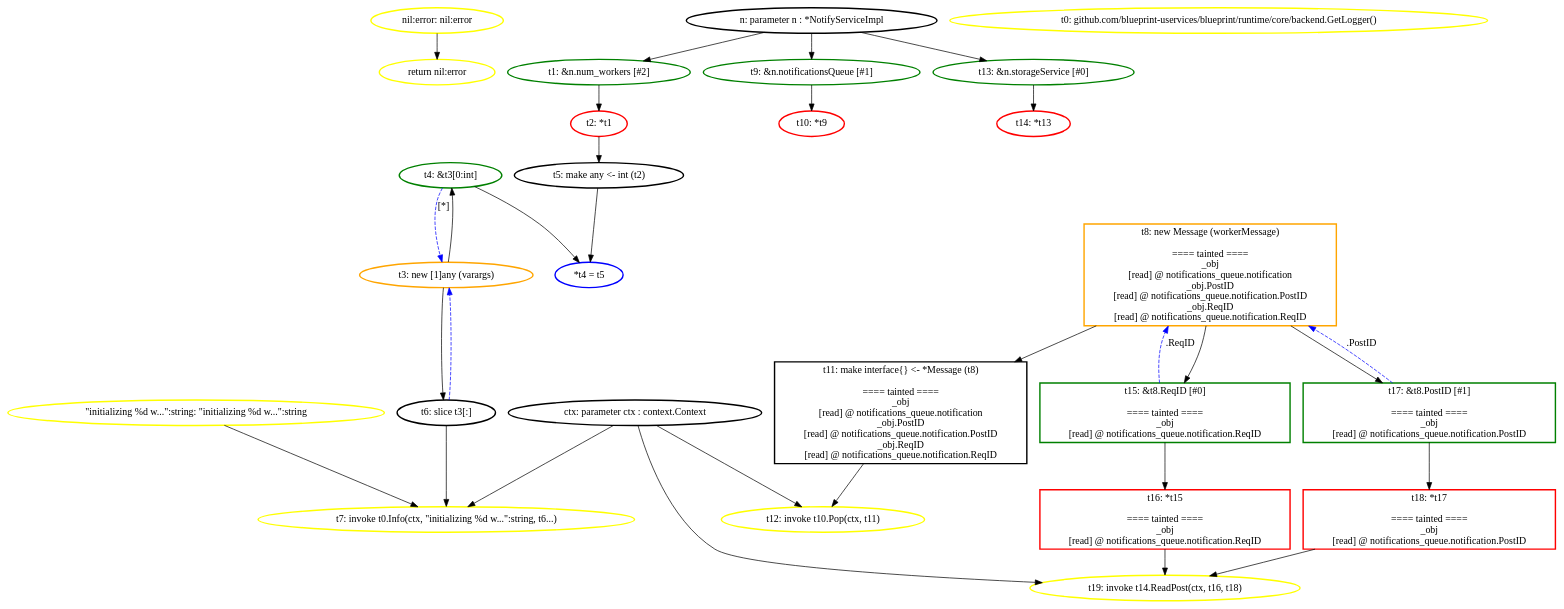
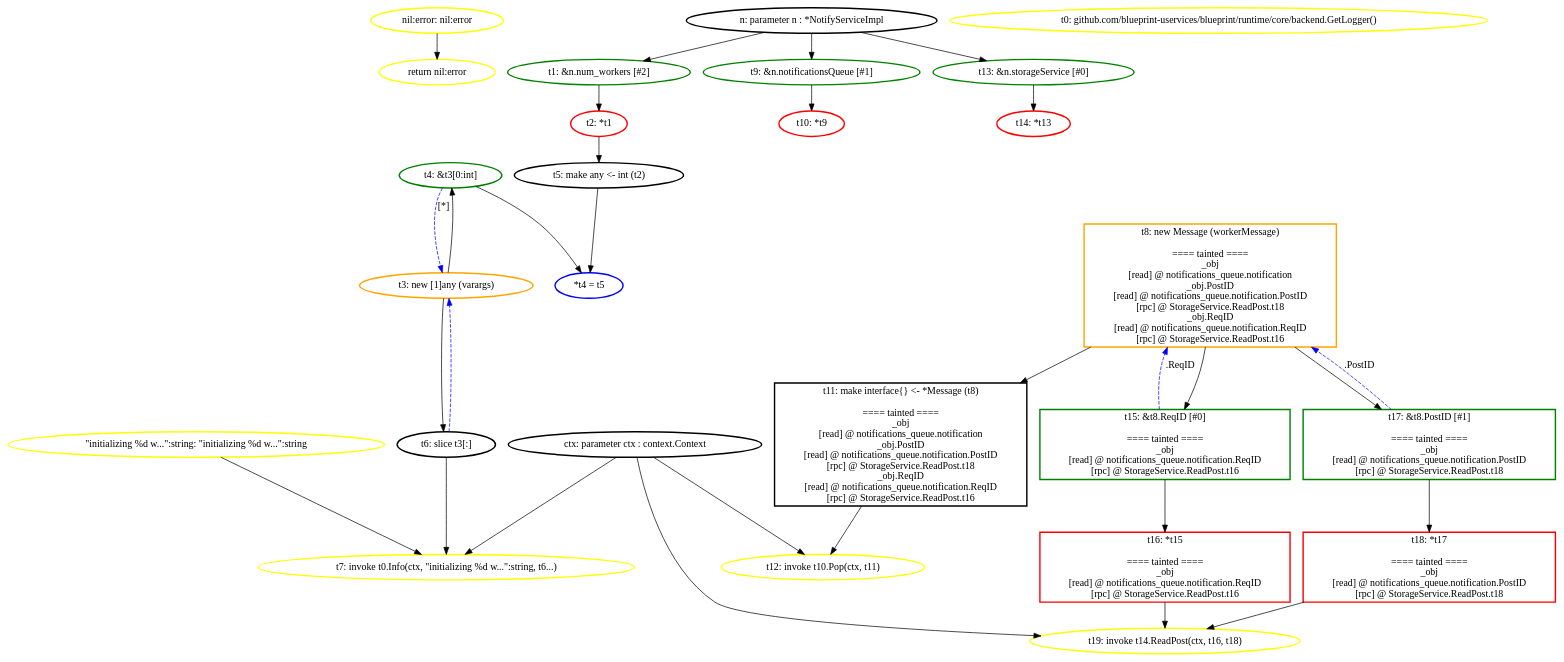
The diagram in ssa_analysis/analyzer/output/postnotification_simple/ssagraphs/postnotification_simple.NotifyService.Run.dot (aletheia-microservices/aletheia), drawn with Graphviz before and after one commit. The commit also changed 95 other files, not shown here.

Commit message:
feat(trace): implement trace info to track objects across service calls

```diff
--- a/ssa_analysis/analyzer/output/postnotification_simple/ssagraphs/postnotification_simple.NotifyService.Run.dot
+++ b/ssa_analysis/analyzer/output/postnotification_simple/ssagraphs/postnotification_simple.NotifyService.Run.dot
@@ -1,98 +1,106 @@
 digraph G {
 	rankdir=TD;
-	N_instr_ret_1510794 [label="return nil:error", style=bold, shape=ellipse, color="yellow"];
-	N_instr_ret_1510794 [label="return nil:error", style=bold, shape=ellipse, color="yellow"];
-	N_instr_store_1510244 [label="*t4 = t5", style=bold, shape=ellipse, color="blue"];
-	N_instr_store_1510244 [label="*t4 = t5", style=bold, shape=ellipse, color="blue"];
-	N_nil_813428166 [label="nil:error: nil:error", style=bold, shape=ellipse, color="yellow"];
+	N_instr_ret_2888031 [label="return nil:error", style=bold, shape=ellipse, color="yellow"];
+	N_instr_ret_2888031 [label="return nil:error", style=bold, shape=ellipse, color="yellow"];
+	N_instr_store_2887481 [label="*t4 = t5", style=bold, shape=ellipse, color="blue"];
+	N_instr_store_2887481 [label="*t4 = t5", style=bold, shape=ellipse, color="blue"];
+	N_nil_1685272486 [label="nil:error: nil:error", style=bold, shape=ellipse, color="yellow"];
 	N_val__initializing__d_w_____string [label="\"initializing %d w...\":string: \"initializing %d w...\":string", style=bold, shape=ellipse, color="yellow"];
-	N_val_alloc_1510255 [label="t3: new [1]any (varargs)", style=bold, shape=ellipse, color="orange"];
-	N_val_alloc_1510263 [label="t8: new Message (workerMessage)
+	N_val_alloc_2887492 [label="t3: new [1]any (varargs)", style=bold, shape=ellipse, color="orange"];
+	N_val_alloc_2887500 [label="t8: new Message (workerMessage)
 
 ==== tainted ====
 _obj
 [read] @ notifications_queue.notification
 _obj.PostID
 [read] @ notifications_queue.notification.PostID
+[rpc] @ StorageService.ReadPost.t18
 _obj.ReqID
 [read] @ notifications_queue.notification.ReqID
+[rpc] @ StorageService.ReadPost.t16
 ", style=bold, shape=box, color="orange"];
-	N_val_call_1510202 [label="t0: github.com/blueprint-uservices/blueprint/runtime/core/backend.GetLogger()", style=bold, shape=ellipse, color="yellow"];
-	N_val_call_1510209 [label="t7: invoke t0.Info(ctx, \"initializing %d w...\":string, t6...)", style=bold, shape=ellipse, color="yellow"];
-	N_val_call_1510310 [label="t12: invoke t10.Pop(ctx, t11)", style=bold, shape=ellipse, color="yellow"];
-	N_val_call_1510358 [label="t19: invoke t14.ReadPost(ctx, t16, t18)", style=bold, shape=ellipse, color="yellow"];
-	N_val_field_1510244 [label="t1: &n.num_workers [#2]", style=bold, shape=ellipse, color="green"];
-	N_val_field_1510288 [label="t9: &n.notificationsQueue [#1]", style=bold, shape=ellipse, color="green"];
-	N_val_field_1510335 [label="t13: &n.storageService [#0]", style=bold, shape=ellipse, color="green"];
-	N_val_field_1510378 [label="t15: &t8.ReqID [#0]
+	N_val_call_2887439 [label="t0: github.com/blueprint-uservices/blueprint/runtime/core/backend.GetLogger()", style=bold, shape=ellipse, color="yellow"];
+	N_val_call_2887446 [label="t7: invoke t0.Info(ctx, \"initializing %d w...\":string, t6...)", style=bold, shape=ellipse, color="yellow"];
+	N_val_call_2887547 [label="t12: invoke t10.Pop(ctx, t11)", style=bold, shape=ellipse, color="yellow"];
+	N_val_call_2887595 [label="t19: invoke t14.ReadPost(ctx, t16, t18)", style=bold, shape=ellipse, color="yellow"];
+	N_val_field_2887481 [label="t1: &n.num_workers [#2]", style=bold, shape=ellipse, color="green"];
+	N_val_field_2887525 [label="t9: &n.notificationsQueue [#1]", style=bold, shape=ellipse, color="green"];
+	N_val_field_2887572 [label="t13: &n.storageService [#0]", style=bold, shape=ellipse, color="green"];
+	N_val_field_2887615 [label="t15: &t8.ReqID [#0]
 
 ==== tainted ====
 _obj
 [read] @ notifications_queue.notification.ReqID
+[rpc] @ StorageService.ReadPost.t16
 ", style=bold, shape=box, color="green"];
-	N_val_field_1510399 [label="t17: &t8.PostID [#1]
+	N_val_field_2887636 [label="t17: &t8.PostID [#1]
 
 ==== tainted ====
 _obj
 [read] @ notifications_queue.notification.PostID
+[rpc] @ StorageService.ReadPost.t18
 ", style=bold, shape=box, color="green"];
 	N_val_ifacet11 [label="t11: make interface{} <- *Message (t8)
 
 ==== tainted ====
 _obj
 [read] @ notifications_queue.notification
 _obj.PostID
 [read] @ notifications_queue.notification.PostID
+[rpc] @ StorageService.ReadPost.t18
 _obj.ReqID
 [read] @ notifications_queue.notification.ReqID
+[rpc] @ StorageService.ReadPost.t16
 ", style=bold, shape=box, color="black"];
 	N_val_ifacet5 [label="t5: make any <- int (t2)", style=bold, shape=ellipse, color="black"];
 	N_val_indext4 [label="t4: &t3[0:int]", style=bold, shape=ellipse, color="green"];
-	N_val_param_1510129 [label="n: parameter n : *NotifyServiceImpl", style=bold, shape=ellipse, color="black"];
-	N_val_param_1510155 [label="ctx: parameter ctx : context.Context", style=bold, shape=ellipse, color="black"];
+	N_val_param_2887366 [label="n: parameter n : *NotifyServiceImpl", style=bold, shape=ellipse, color="black"];
+	N_val_param_2887392 [label="ctx: parameter ctx : context.Context", style=bold, shape=ellipse, color="black"];
 	N_val_slicet6 [label="t6: slice t3[:]", style=bold, shape=ellipse, color="black"];
-	N_val_unary_1510244 [label="t2: *t1", style=bold, shape=ellipse, color="red"];
-	N_val_unary_1510288 [label="t10: *t9", style=bold, shape=ellipse, color="red"];
-	N_val_unary_1510335 [label="t14: *t13", style=bold, shape=ellipse, color="red"];
-	N_val_unary_1510378 [label="t16: *t15
+	N_val_unary_2887481 [label="t2: *t1", style=bold, shape=ellipse, color="red"];
+	N_val_unary_2887525 [label="t10: *t9", style=bold, shape=ellipse, color="red"];
+	N_val_unary_2887572 [label="t14: *t13", style=bold, shape=ellipse, color="red"];
+	N_val_unary_2887615 [label="t16: *t15
 
 ==== tainted ====
 _obj
 [read] @ notifications_queue.notification.ReqID
+[rpc] @ StorageService.ReadPost.t16
 ", style=bold, shape=box, color="red"];
-	N_val_unary_1510399 [label="t18: *t17
+	N_val_unary_2887636 [label="t18: *t17
 
 ==== tainted ====
 _obj
 [read] @ notifications_queue.notification.PostID
+[rpc] @ StorageService.ReadPost.t18
 ", style=bold, shape=box, color="red"];
-	N_val_param_1510129 -> N_val_field_1510244;
-	N_val_field_1510244 -> N_val_unary_1510244;
-	N_val_alloc_1510255 -> N_val_indext4;
-	N_val_unary_1510244 -> N_val_ifacet5;
-	N_val_indext4 -> N_instr_store_1510244;
-	N_val_ifacet5 -> N_instr_store_1510244;
-	N_val_alloc_1510255 -> N_val_slicet6;
-	N_val_param_1510155 -> N_val_call_1510209;
-	N_val__initializing__d_w_____string -> N_val_call_1510209;
-	N_val_slicet6 -> N_val_call_1510209;
-	N_val_param_1510129 -> N_val_field_1510288;
-	N_val_field_1510288 -> N_val_unary_1510288;
-	N_val_alloc_1510263 -> N_val_ifacet11;
-	N_val_param_1510155 -> N_val_call_1510310;
-	N_val_ifacet11 -> N_val_call_1510310;
-	N_val_param_1510129 -> N_val_field_1510335;
-	N_val_field_1510335 -> N_val_unary_1510335;
-	N_val_alloc_1510263 -> N_val_field_1510378;
-	N_val_field_1510378 -> N_val_unary_1510378;
-	N_val_alloc_1510263 -> N_val_field_1510399;
-	N_val_field_1510399 -> N_val_unary_1510399;
-	N_val_param_1510155 -> N_val_call_1510358;
-	N_val_unary_1510378 -> N_val_call_1510358;
-	N_val_unary_1510399 -> N_val_call_1510358;
-	N_nil_813428166 -> N_instr_ret_1510794;
-	N_val_indext4 -> N_val_alloc_1510255 [label="[*]", style=dashed, color=blue];
-	N_val_field_1510378 -> N_val_alloc_1510263 [label=".ReqID", style=dashed, color=blue];
-	N_val_field_1510399 -> N_val_alloc_1510263 [label=".PostID", style=dashed, color=blue];
-	N_val_slicet6 -> N_val_alloc_1510255 [label="", style=dashed, color=blue];
+	N_val_param_2887366 -> N_val_field_2887481;
+	N_val_field_2887481 -> N_val_unary_2887481;
+	N_val_alloc_2887492 -> N_val_indext4;
+	N_val_unary_2887481 -> N_val_ifacet5;
+	N_val_indext4 -> N_instr_store_2887481;
+	N_val_ifacet5 -> N_instr_store_2887481;
+	N_val_alloc_2887492 -> N_val_slicet6;
+	N_val_param_2887392 -> N_val_call_2887446;
+	N_val__initializing__d_w_____string -> N_val_call_2887446;
+	N_val_slicet6 -> N_val_call_2887446;
+	N_val_param_2887366 -> N_val_field_2887525;
+	N_val_field_2887525 -> N_val_unary_2887525;
+	N_val_alloc_2887500 -> N_val_ifacet11;
+	N_val_param_2887392 -> N_val_call_2887547;
+	N_val_ifacet11 -> N_val_call_2887547;
+	N_val_param_2887366 -> N_val_field_2887572;
+	N_val_field_2887572 -> N_val_unary_2887572;
+	N_val_alloc_2887500 -> N_val_field_2887615;
+	N_val_field_2887615 -> N_val_unary_2887615;
+	N_val_alloc_2887500 -> N_val_field_2887636;
+	N_val_field_2887636 -> N_val_unary_2887636;
+	N_val_param_2887392 -> N_val_call_2887595;
+	N_val_unary_2887615 -> N_val_call_2887595;
+	N_val_unary_2887636 -> N_val_call_2887595;
+	N_nil_1685272486 -> N_instr_ret_2888031;
+	N_val_slicet6 -> N_val_alloc_2887492 [label="", style=dashed, color=blue];
+	N_val_indext4 -> N_val_alloc_2887492 [label="[*]", style=dashed, color=blue];
+	N_val_field_2887636 -> N_val_alloc_2887500 [label=".PostID", style=dashed, color=blue];
+	N_val_field_2887615 -> N_val_alloc_2887500 [label=".ReqID", style=dashed, color=blue];
 }
```
